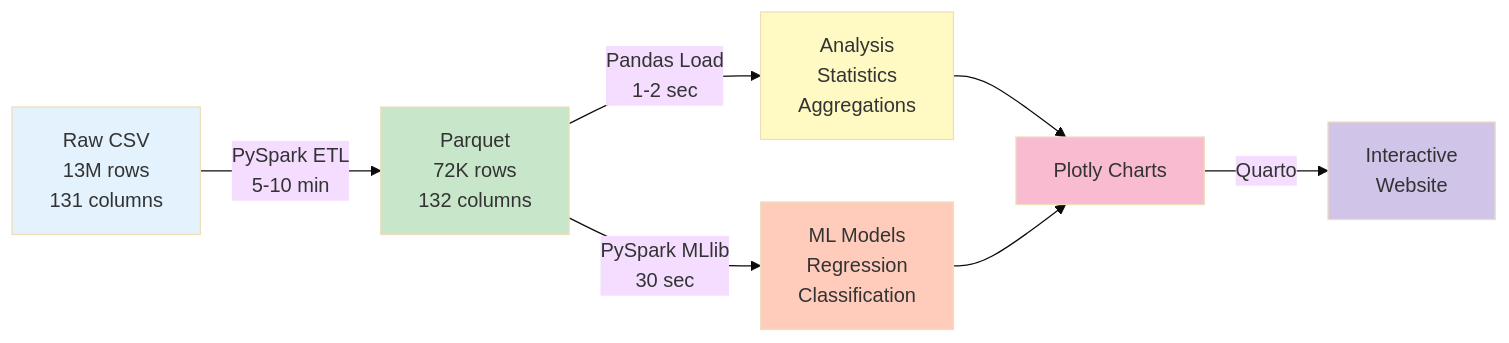
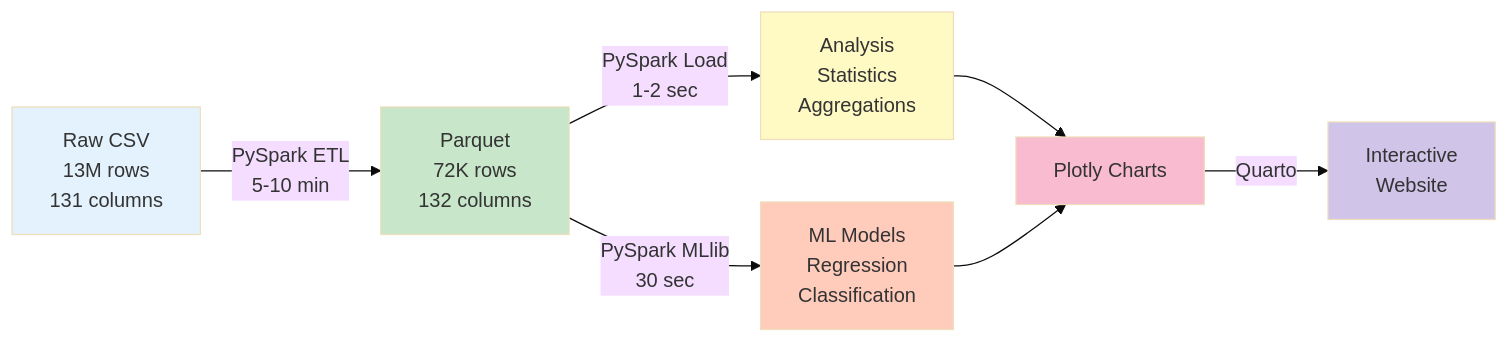
The first of 2 diagrams in presentation.qmd (samarthya/ad688-scratch), drawn with Mermaid (base theme) before and after one commit. The commit also changed other lines of this file and 27 other files, not shown here.

````diff
--- a/presentation.qmd
+++ b/presentation.qmd
@@ -169,17 +180,17 @@
 ```{mermaid}
 %%| fig-width: 10
 graph LR
     A[Raw CSV<br/>13M rows<br/>131 columns] -->|PySpark ETL<br/>5-10 min| B[Parquet<br/>72K rows<br/>132 columns]
-    B -->|Pandas Load<br/>1-2 sec| C[Analysis<br/>Statistics<br/>Aggregations]
+    B -->|PySpark Load<br/>1-2 sec| C[Analysis<br/>Statistics<br/>Aggregations]
     B -->|PySpark MLlib<br/>30 sec| D[ML Models<br/>Regression<br/>Classification]
     C --> E[Plotly Charts]
     D --> E
     E -->|Quarto| F[Interactive<br/>Website]
 
     style A fill:#e3f2fd
     style B fill:#c8e6c9
     style C fill:#fff9c4
     style D fill:#ffccbc
     style E fill:#f8bbd0
     style F fill:#d1c4e9
 ```
````
